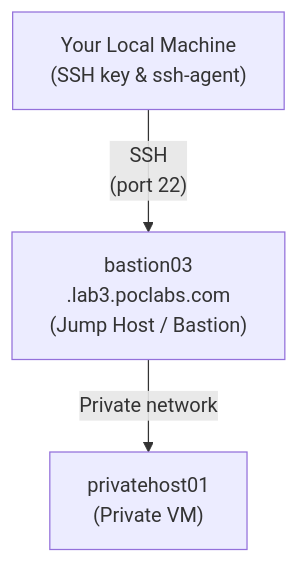
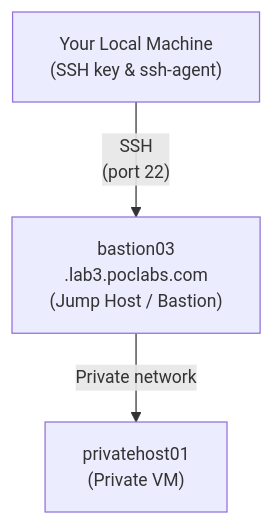
Before and after one commit to jose-oc/joseoc-dev: the first of 2 diagrams in src/content/en/how-to/ssh-jump-host.md, drawn with Mermaid. The commit also changed 1 other file, not shown here.

Commit message:
Reduce font in SSH network diagrams

````diff
--- a/src/content/en/how-to/ssh-jump-host.md
+++ b/src/content/en/how-to/ssh-jump-host.md
@@ -29,9 +29,14 @@
 ```mermaid
+---
+config:
+  themeVariables:
+    fontSize: 14px
+---
 flowchart TB
     Mac["Your Local Machine<br/>(SSH key & ssh-agent)"]
     Jump["bastion03<br/>.lab3.poclabs.com<br/>(Jump Host / Bastion)"]
     Registry["privatehost01<br/>(Private VM)"]
 
     Mac -->|"SSH<br/>(port 22)"| Jump
     Jump -->|"Private network"| Registry
 ```
````
